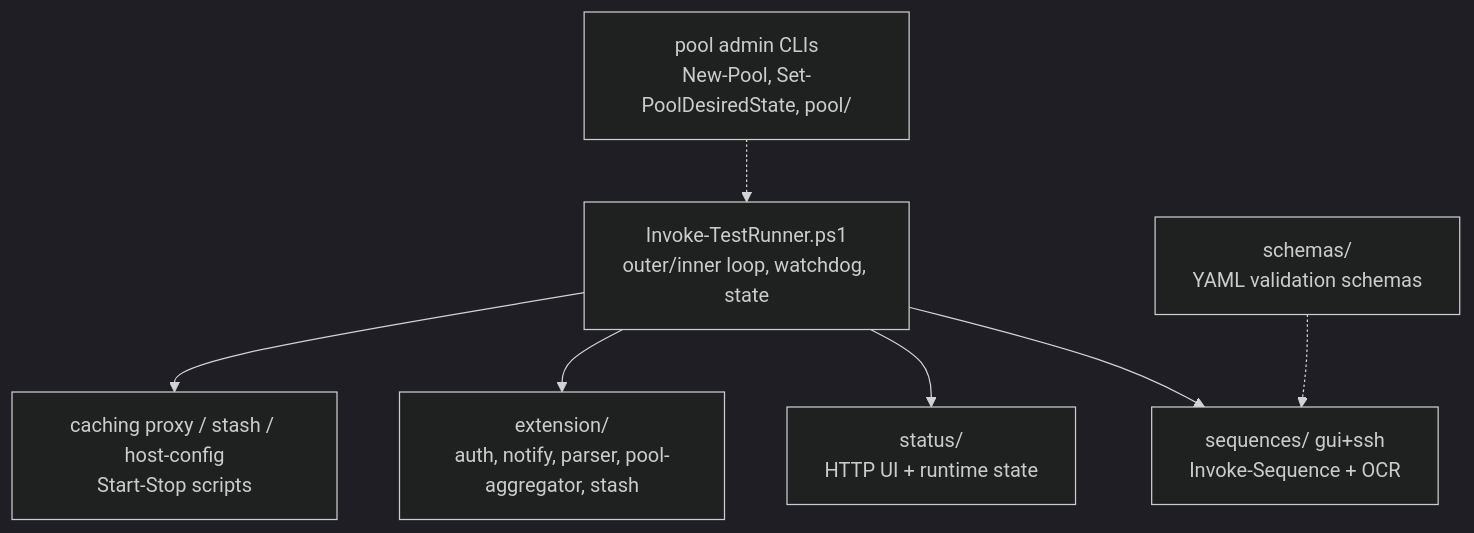
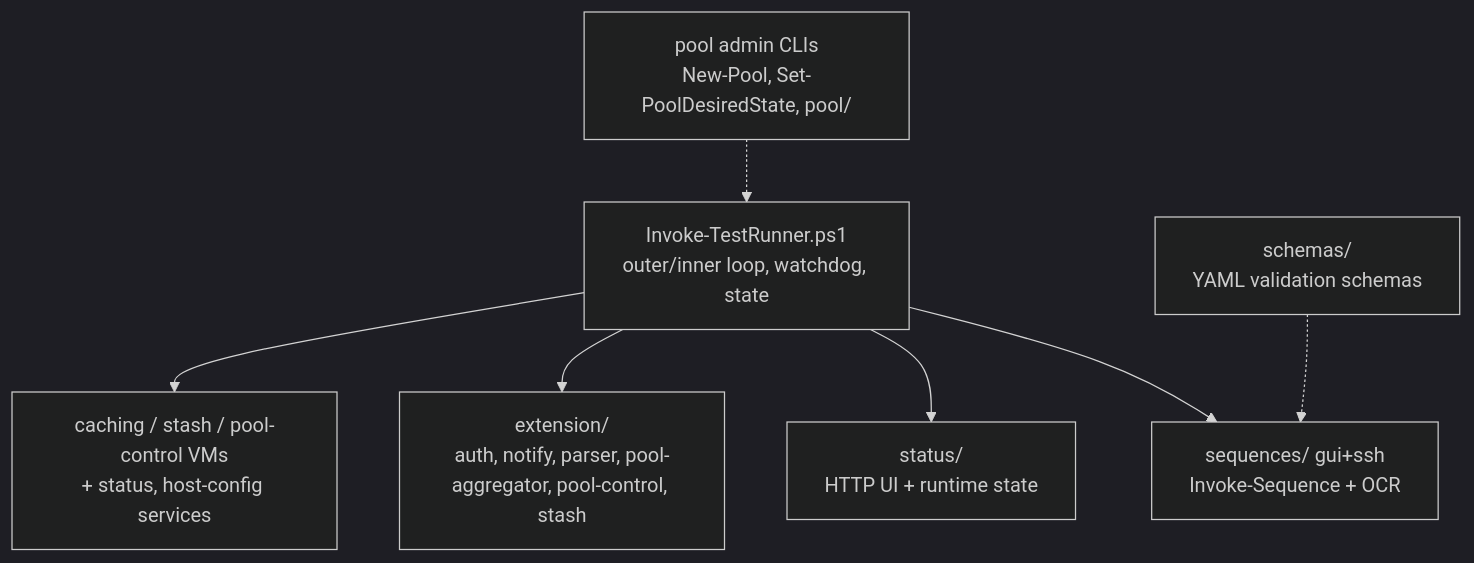
One commit to alissonsol/yuruna changed the fourth of 7 diagrams in docs/design/02-component-breakdown.md. Above: the diagram before and after it, drawn with Mermaid (dark theme). The commit also changed other lines of this file and 572 other files, not shown here.

````diff
--- a/docs/design/02-component-breakdown.md
+++ b/docs/design/02-component-breakdown.md
@@ -86,17 +86,17 @@
 ```mermaid
 flowchart TD
     runner[Invoke-TestRunner.ps1<br/>outer/inner loop, watchdog, state]
     sequences[sequences/ gui+ssh<br/>Invoke-Sequence + OCR]
     status[status/<br/>HTTP UI + runtime state]
-    extensions[extension/<br/>auth, notify, parser, pool-aggregator, stash]
+    extensions[extension/<br/>auth, notify, parser, pool-aggregator, pool-control, stash]
     pool[pool admin CLIs<br/>New-Pool, Set-PoolDesiredState, pool/]
-    cache-stash[caching proxy / stash / host-config<br/>Start-Stop scripts]
+    cache-stash[caching / stash / pool-control VMs<br/>+ status, host-config services]
     schemas[schemas/<br/>YAML validation schemas]
 
     runner --> sequences
     runner --> status
     runner --> extensions
     runner --> cache-stash
     pool -.-> runner
     schemas -.-> sequences
 ```
````
